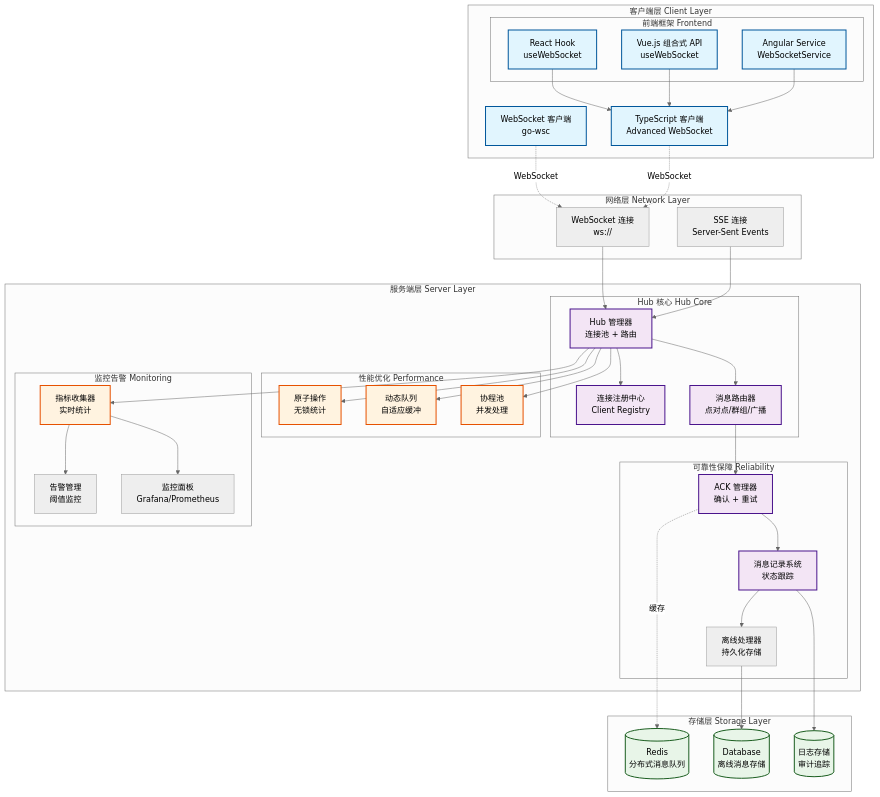
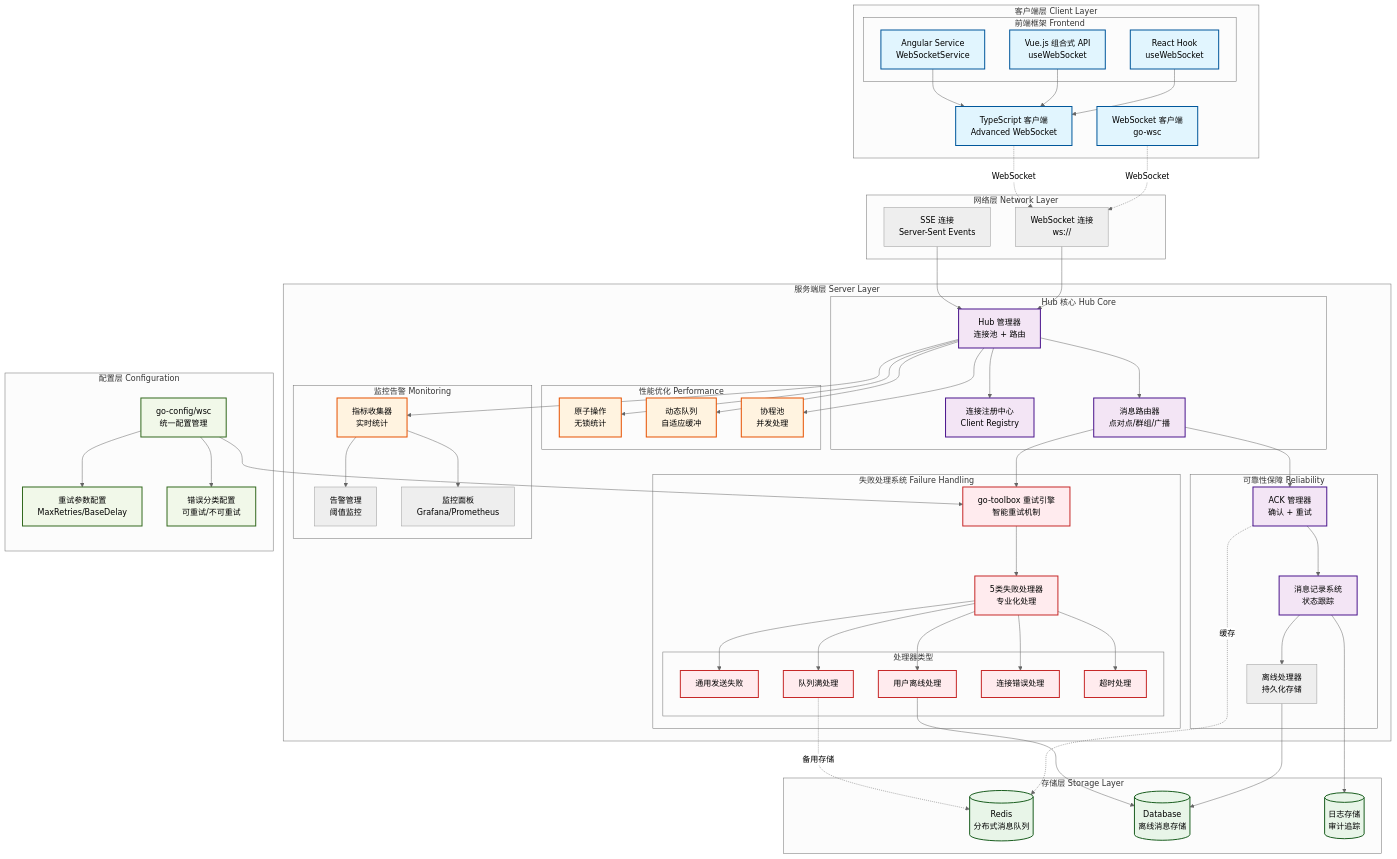
One commit to kamalyes/go-wsc changed the diagram in README.md. Above: the diagram before and after it, drawn with Mermaid (neutral theme). The commit also changed other lines of this file and 5 other files, not shown here.

````diff
--- a/README.md
+++ b/README.md
@@ -44,6 +44,19 @@
             OfflineHandler[离线处理器<br/>持久化存储]
         end
         
+        subgraph "失败处理系统 Failure Handling"
+            RetryEngine[go-toolbox 重试引擎<br/>智能重试机制]
+            FailureHandler[5类失败处理器<br/>专业化处理]
+            
+            subgraph "处理器类型"
+                SendHandler[通用发送失败]
+                QueueHandler[队列满处理]
+                OfflineUserHandler[用户离线处理]  
+                ConnHandler[连接错误处理]
+                TimeoutHandler[超时处理]
+            end
+        end
+        
         subgraph "性能优化 Performance"
             AtomicOps[原子操作<br/>无锁统计]
             DynamicQueue[动态队列<br/>自适应缓冲]
@@ -55,6 +68,12 @@
             AlertMgr[告警管理<br/>阈值监控]
             Dashboard[监控面板<br/>Grafana/Prometheus]
         end
+    end
+    
+    subgraph "配置层 Configuration"
+        ConfigMgr[go-config/wsc<br/>统一配置管理]
+        RetryConfig[重试参数配置<br/>MaxRetries/BaseDelay]
+        ErrorConfig[错误分类配置<br/>可重试/不可重试]
     end
     
     subgraph "存储层 Storage Layer"
@@ -79,6 +98,20 @@
     ACKMgr --> MsgRecord
     MsgRecord --> OfflineHandler
     
+    %% 失败处理流程
+    MsgRouter --> RetryEngine
+    RetryEngine --> FailureHandler
+    FailureHandler --> SendHandler
+    FailureHandler --> QueueHandler
+    FailureHandler --> OfflineUserHandler
+    FailureHandler --> ConnHandler
+    FailureHandler --> TimeoutHandler
+    
+    %% 配置管理
+    ConfigMgr --> RetryEngine
+    ConfigMgr --> RetryConfig
+    ConfigMgr --> ErrorConfig
+    
     HubManager --> AtomicOps
     HubManager --> DynamicQueue
     HubManager --> WorkerPool
@@ -90,15 +123,21 @@
     ACKMgr -.->|缓存| Redis
     OfflineHandler --> Database
     MsgRecord --> LogStore
+    QueueHandler -.->|备用存储| Redis
+    OfflineUserHandler --> Database
     
     %% 样式定义
     classDef clientStyle fill:#e1f5fe,stroke:#01579b,stroke-width:2px
     classDef serverStyle fill:#f3e5f5,stroke:#4a148c,stroke-width:2px  
     classDef storageStyle fill:#e8f5e8,stroke:#1b5e20,stroke-width:2px
     classDef coreStyle fill:#fff3e0,stroke:#e65100,stroke-width:2px
+    classDef failureStyle fill:#ffebee,stroke:#c62828,stroke-width:2px
+    classDef configStyle fill:#f1f8e9,stroke:#33691e,stroke-width:2px
     
     class WSC,TSC,React,Vue,Angular clientStyle
     class HubManager,ConnRegistry,MsgRouter,ACKMgr,MsgRecord serverStyle
     class Redis,Database,LogStore storageStyle
     class AtomicOps,DynamicQueue,WorkerPool,MetricsCol coreStyle
+    class RetryEngine,FailureHandler,SendHandler,QueueHandler,OfflineUserHandler,ConnHandler,TimeoutHandler failureStyle
+    class ConfigMgr,RetryConfig,ErrorConfig configStyle
 ```
````
